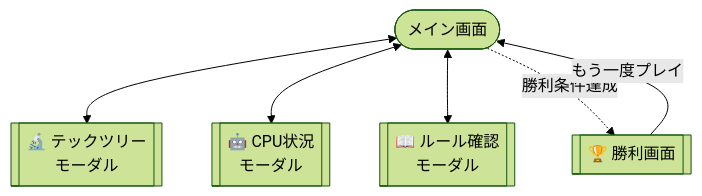
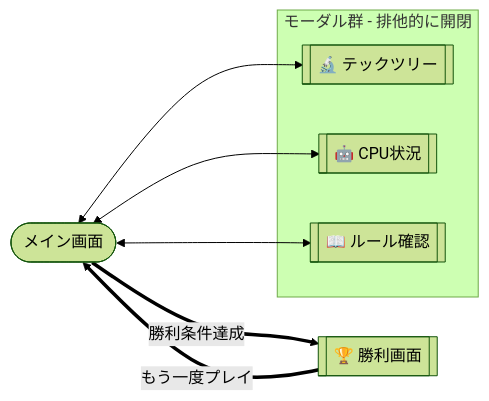
One commit to Satou20250828/micro-empire changed the second of 3 diagrams in README.md. Above: the diagram before and after it, drawn with Mermaid (forest theme).

Commit message:
fix: 画面遷移図をサブグラフ＋横方向レイアウトに再設計 (#46)
- モーダル3画面をsubgraphでグループ化し、勝利画面と視覚的に分離
- レイアウトをTDからLRに変更
- Main⇔Victoryの往復を太い矢印（== ラベル ==>）に変更し、
  モーダルの開閉とは性質の違う遷移として区別

Claude-Session: https://claude.ai/code/session_01SPiojLYiGpX8D7gvFANodB

````diff
--- a/README.md
+++ b/README.md
@@ -230,14 +230,18 @@
 ```mermaid
-flowchart TD
+flowchart LR
     Main(["メイン画面"])
-    Tech[["🔬 テックツリー<br/>モーダル"]]
-    Cpu[["🤖 CPU状況<br/>モーダル"]]
-    Rules[["📖 ルール確認<br/>モーダル"]]
     Victory[["🏆 勝利画面"]]
+
+    subgraph Modals["モーダル群 - 排他的に開閉"]
+        Tech[["🔬 テックツリー"]]
+        Cpu[["🤖 CPU状況"]]
+        Rules[["📖 ルール確認"]]
+    end
 
     Main <--> Tech
     Main <--> Cpu
     Main <--> Rules
-    Main -.->|勝利条件達成| Victory
-    Victory -->|もう一度プレイ| Main
+
+    Main == 勝利条件達成 ==> Victory
+    Victory == もう一度プレイ ==> Main
 ```
````
